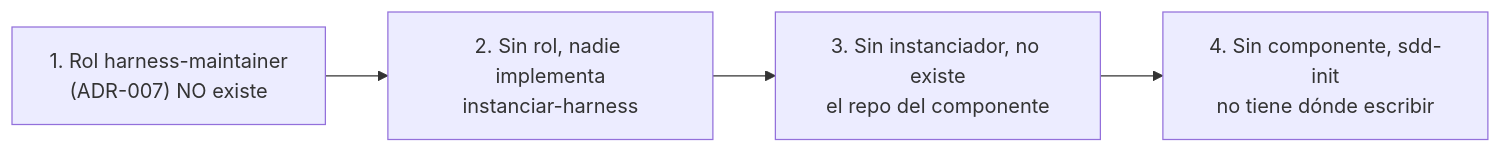
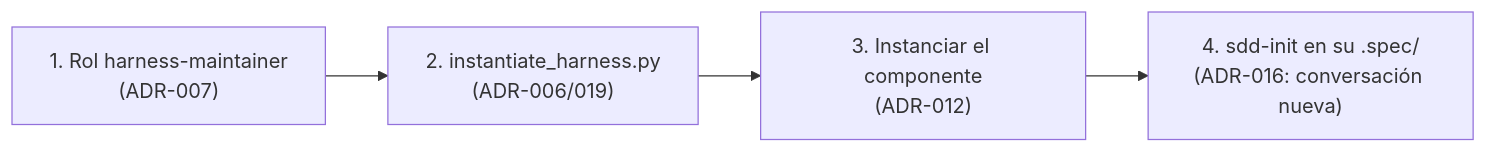
Before and after one commit to juanmorenomotta/ai-harness-architecture: the first of 2 diagrams in docs/inicio-harness-sdd.md, drawn with Mermaid. The commit also changed other lines of this file and 7 other files, not shown here.

````diff
--- a/docs/inicio-harness-sdd.md
+++ b/docs/inicio-harness-sdd.md
@@ -144,7 +147,7 @@
 ```mermaid
 flowchart LR
-  A["1. Rol harness-maintainer<br/>(ADR-007) NO existe"] --> B
-  B["2. Sin rol, nadie implementa<br/>instanciar-harness"] --> C
-  C["3. Sin instanciador, no existe<br/>el repo del componente"] --> D
-  D["4. Sin componente, sdd-init<br/>no tiene dónde escribir"]
+  A["1. Rol harness-maintainer<br/>(ADR-007)"] --> B
+  B["2. instantiate_harness.py<br/>(ADR-006/019)"] --> C
+  C["3. Instanciar el componente<br/>(ADR-012)"] --> D
+  D["4. sdd-init en su .spec/<br/>(ADR-016: conversación nueva)"]
 ```
````
